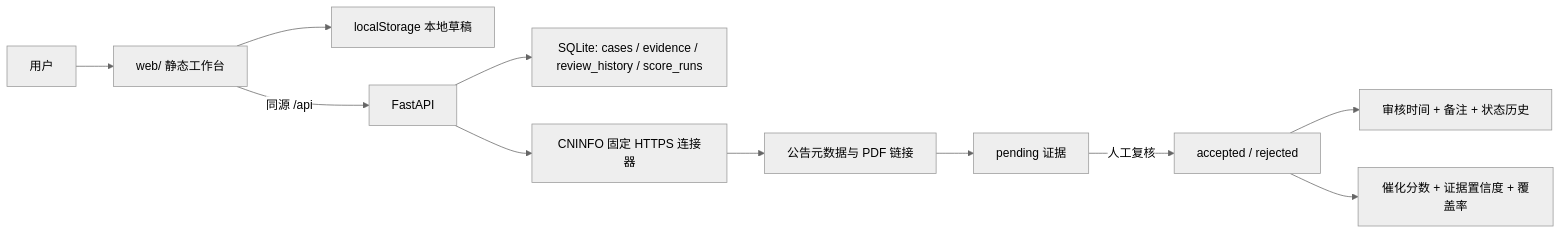
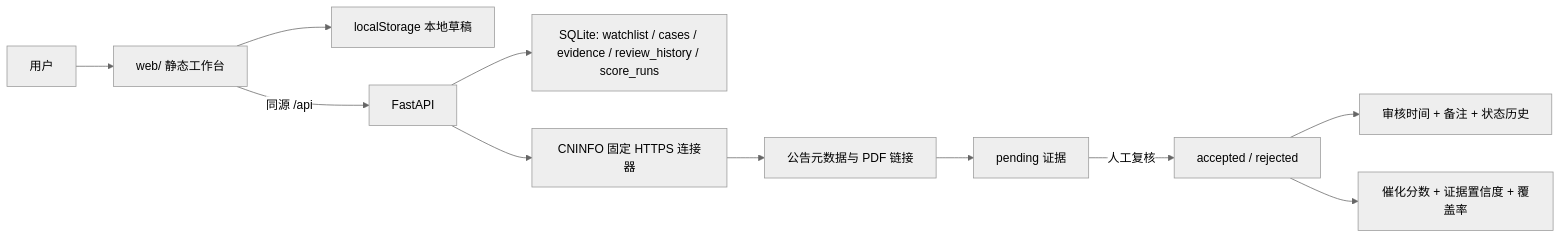
The diagram in HANDOFF.md (dongpen-max/A-Share-Catalyst-Lens), drawn with Mermaid (neutral theme) before and after one commit. The commit also changed other lines of this file and 10 other files, not shown here.

````diff
--- a/HANDOFF.md
+++ b/HANDOFF.md
@@ -117,13 +118,13 @@
 ```mermaid
 flowchart LR
     U["用户"] --> W["web/ 静态工作台"]
     W --> L["localStorage 本地草稿"]
     W -->|"同源 /api"| A["FastAPI"]
-    A --> D["SQLite: cases / evidence / review_history / score_runs"]
+    A --> D["SQLite: watchlist / cases / evidence / review_history / score_runs"]
     A --> C["CNINFO 固定 HTTPS 连接器"]
     C --> P["公告元数据与 PDF 链接"]
     P --> E["pending 证据"]
     E -->|"人工复核"| X["accepted / rejected"]
     X --> H["审核时间 + 备注 + 状态历史"]
     X --> S["催化分数 + 证据置信度 + 覆盖率"]
 ```
````
